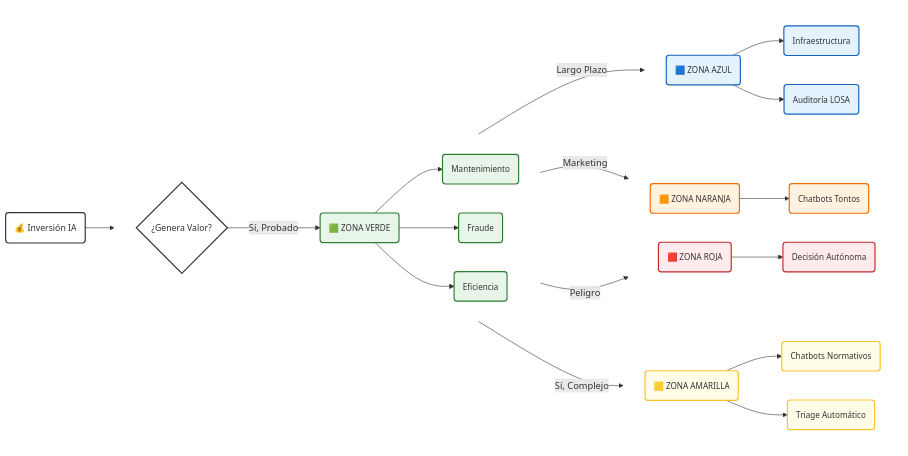
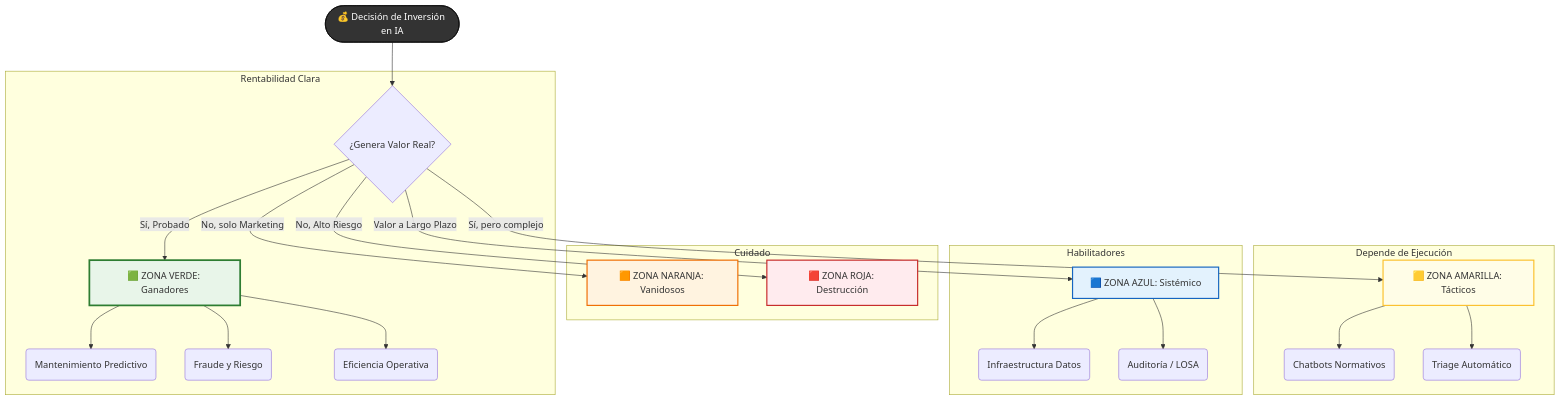
The diagram in docs/guias/12-ROI-Financiero.md (jccarvajal/Arquitectura-IA), drawn with Mermaid before and after one commit.

````diff
--- a/docs/guias/12-ROI-Financiero.md
+++ b/docs/guias/12-ROI-Financiero.md
@@ -15,62 +15,36 @@
 ```mermaid
-graph LR
-    %% 1. ESTILOS (Solo tamaño de fuente, sin forzar color de texto)
-    classDef base fill:#fff,stroke:#333,stroke-width:2px,font-size:15px;
-    classDef green fill:#e8f5e9,stroke:#2e7d32,stroke-width:2px,font-size:14px;
-    classDef yellow fill:#fffde7,stroke:#fbc02d,stroke-width:2px,font-size:14px;
-    classDef orange fill:#fff3e0,stroke:#ef6c00,stroke-width:2px,font-size:14px;
-    classDef red fill:#ffebee,stroke:#c62828,stroke-width:2px,font-size:14px;
-    classDef blue fill:#e3f2fd,stroke:#1565c0,stroke-width:2px,font-size:14px;
+graph TD
+    Invest([💰 Decisión de Inversión en IA]) --> Evaluacion{¿Genera Valor Real?}
 
-    %% 2. NODO PRINCIPAL
-    Invest(💰 Inversión IA) --> Evaluacion{¿Genera Valor?}
-    class Invest,Evaluacion base;
+    subgraph Ganadores [Rentabilidad Clara]
+        Evaluacion -->|Sí, Probado| Green[🟩 ZONA VERDE: Ganadores]
+        Green --> G1(Mantenimiento Predictivo)
+        Green --> G2(Fraude y Riesgo)
+        Green --> G3(Eficiencia Operativa)
+    end
 
-    %% 3. GRUPOS INVISIBLES (Para ordenar sin mostrar cajas feas)
-
-    %% --- VERDE (ARRIBA) ---
-    subgraph G_Green [ ]
-        direction LR
-        Evaluacion -->|Sí, Probado| Green(🟩 ZONA VERDE)
-        Green --> G1(Mantenimiento)
-        Green --> G2(Fraude)
-        Green --> G3(Eficiencia)
-    end
-    class Green,G1,G2,G3 green;
-
-    %% --- AMARILLO (MEDIO) ---
-    subgraph G_Yellow [ ]
-        direction LR
-        Evaluacion -->|Sí, Complejo| Yellow(🟨 ZONA AMARILLA)
+    subgraph Condicionales [Depende de Ejecución]
+        Evaluacion -->|Sí, pero complejo| Yellow[🟨 ZONA AMARILLA: Tácticos]
         Yellow --> Y1(Chatbots Normativos)
         Yellow --> Y2(Triage Automático)
     end
-    class Yellow,Y1,Y2 yellow;
 
-    %% --- RIESGO (ABAJO) ---
-    subgraph G_Risk [ ]
-        direction LR
-        Evaluacion -->|Marketing| Orange(🟧 ZONA NARANJA)
-        Evaluacion -->|Peligro| Red(🟥 ZONA ROJA)
-        
-        Orange --> O1(Chatbots Tontos)
-        Red --> R1(Decisión Autónoma)
+    subgraph Trampas [Cuidado]
+        Evaluacion -->|No, solo Marketing| Orange[🟧 ZONA NARANJA: Vanidosos]
+        Evaluacion -->|No, Alto Riesgo| Red[🟥 ZONA ROJA: Destrucción]
     end
-    class Orange,O1 orange;
-    class Red,R1 red;
 
-    %% --- AZUL (FONDO) ---
-    subgraph G_Blue [ ]
-        direction LR
-        Evaluacion -->|Largo Plazo| Blue(🟦 ZONA AZUL)
-        Blue --> B1(Infraestructura)
-        Blue --> B2(Auditoría LOSA)
+    subgraph Base [Habilitadores]
+        Evaluacion -->|Valor a Largo Plazo| Blue[🟦 ZONA AZUL: Sistémico]
+        Blue --> B1(Infraestructura Datos)
+        Blue --> B2(Auditoría / LOSA)
     end
-    class Blue,B1,B2 blue;
 
-    %% 4. TRUCO DE INVISIBILIDAD (Elimina bordes y fondos de los grupos)
-    style G_Green fill:none,stroke:none
-    style G_Yellow fill:none,stroke:none
-    style G_Risk fill:none,stroke:none
-    style G_Blue fill:none,stroke:none
+    %% Estilos de Semáforo
+    style Green fill:#e8f5e9,stroke:#2e7d32,stroke-width:3px
+    style Yellow fill:#fffde7,stroke:#fbc02d,stroke-width:2px
+    style Orange fill:#fff3e0,stroke:#ef6c00,stroke-width:2px
+    style Red fill:#ffebee,stroke:#c62828,stroke-width:2px
+    style Blue fill:#e3f2fd,stroke:#1565c0,stroke-width:2px
+    style Invest fill:#333,color:#fff,stroke:#000
 ```
````
